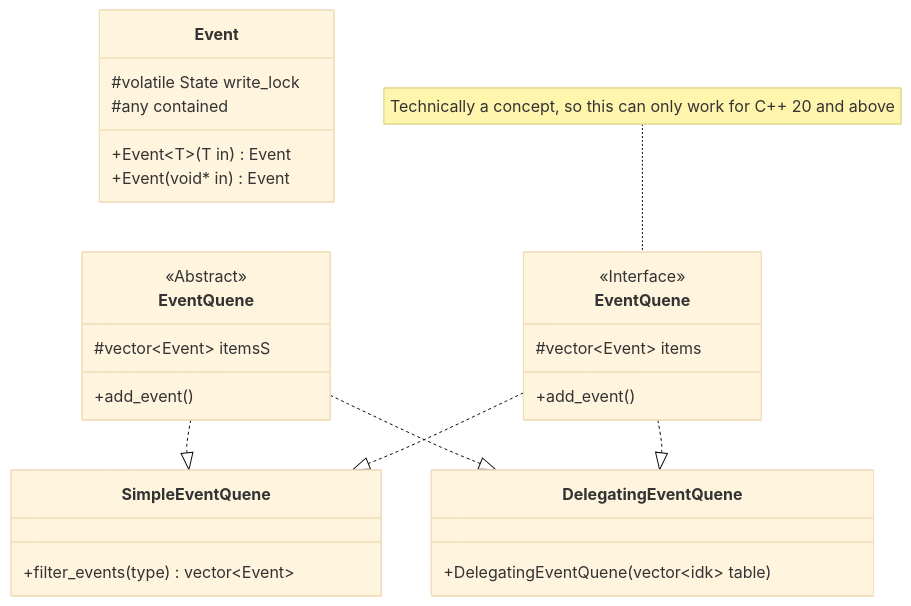
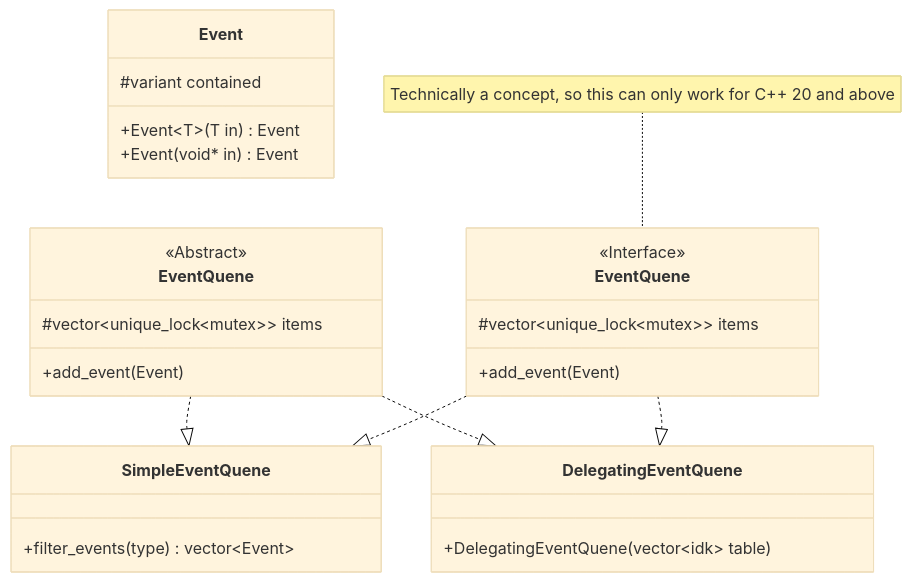
Before and after one commit to Mnem42/Spengine: the first of 3 diagrams in Spengine/lib/documentation/Event system.md, drawn with Mermaid (base theme). The commit also changed 1 other file, not shown here.

````diff
--- a/Spengine/lib/documentation/Event system.md
+++ b/Spengine/lib/documentation/Event system.md
@@ -5,36 +5,35 @@
 ```mermaid
 ---
   config:
     class:
       hideEmptyMembersBox: true
 ---
 
 classDiagram
 	class EVT["Event"]
-		EVT: #volatile State write_lock
-		EVT: #any contained
+		EVT: #variant contained
 
-		EVT: +Event~T~(T in) Event
+		EVT: +Event~T~(T in)  Event
 		EVT: +Event(void* in) Event
 
 	class EQ["EventQuene"] 
 		<<Abstract>> EQ
-		EQ: #vector~Event~ itemsS
-		EQ: +add_event()
+		EQ: #vector~unique_lock~mutex~~ items
+		EQ: +add_event(Event)
 
 	class EQT["EventQuene"] 
 		<<Interface>> EQT
-		EQT: #vector~Event~ items
-		EQT: +add_event()
+		EQT: #vector~unique_lock~mutex~~ items
+		EQT: +add_event(Event)
 		note for EQT "Technically a concept, so this can only work for C++ 20 and above"
     class SEQ["SimpleEventQuene"]
 		SEQ: +filter_events(type) vector~Event~
 
 	class DEQ["DelegatingEventQuene"]
 		DEQ: +DelegatingEventQuene(vector~idk~ table)
 
 	EQ  ..|> SEQ
 	EQ  ..|> DEQ
 	EQT ..|> SEQ
 	EQT ..|> DEQ
 ```
````
